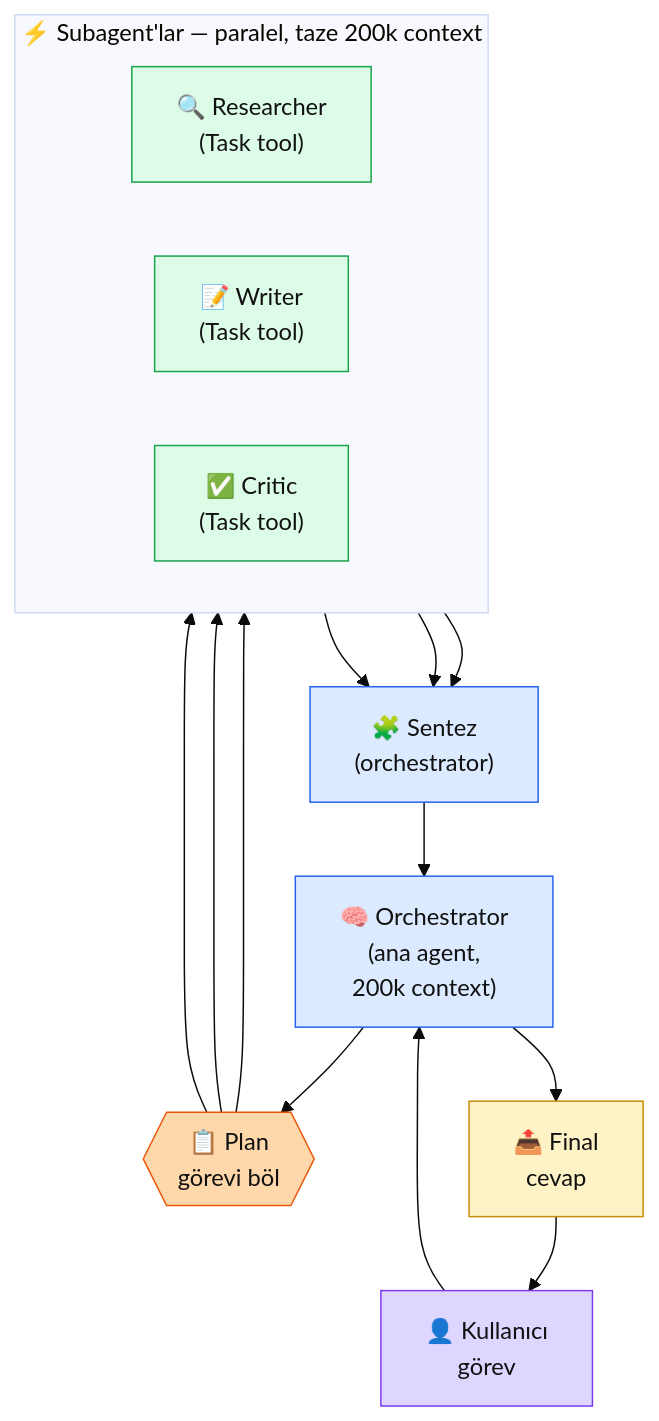
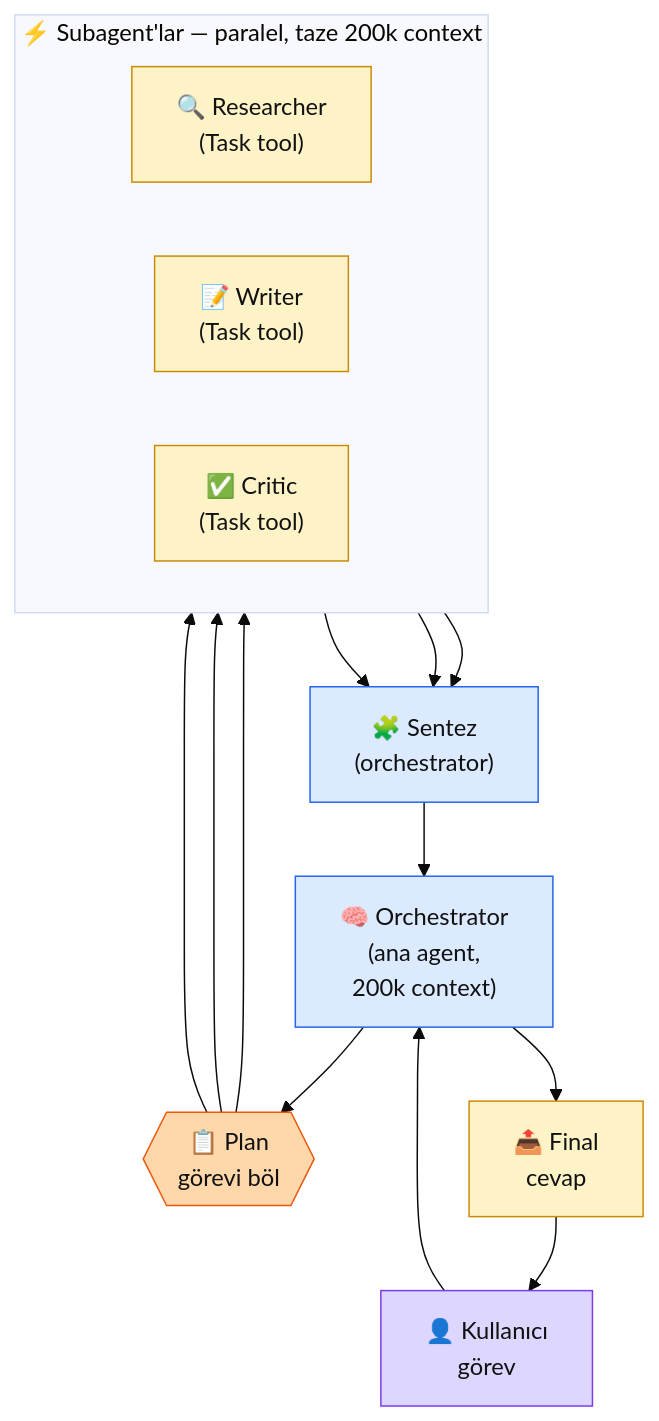
The first of 2 diagrams in docs/bolum-6/05-multi-agent.md (KemalG-u/muhendisal-platform), drawn with Mermaid (base theme) before and after one commit. The commit also changed other lines of this file and 20 other files, not shown here.

````diff
--- a/docs/bolum-6/05-multi-agent.md
+++ b/docs/bolum-6/05-multi-agent.md
@@ -38,39 +39,39 @@
 ```mermaid
 flowchart TB
   U["👤 Kullanıcı\ngörev"]
   ORCH["🧠 Orchestrator\n(ana agent,\n200k context)"]
   PLAN{{"📋 Plan\ngörevi böl"}}
 
   subgraph workers["⚡ Subagent'lar — paralel, taze 200k context"]
     direction LR
     S1["🔍 Researcher\n(Task tool)"]
     S2["📝 Writer\n(Task tool)"]
     S3["✅ Critic\n(Task tool)"]
   end
 
   MERGE["🧩 Sentez\n(orchestrator)"]
   OUT["📤 Final\ncevap"]
 
   U --> ORCH
   ORCH --> PLAN
   PLAN --> S1
   PLAN --> S2
   PLAN --> S3
   S1 --> MERGE
   S2 --> MERGE
   S3 --> MERGE
   MERGE --> ORCH
   ORCH --> OUT
   OUT --> U
 
   classDef user fill:#ddd6fe,stroke:#7c3aed,color:#111
   classDef orch fill:#dbeafe,stroke:#2563eb,color:#111
   classDef plan fill:#fed7aa,stroke:#ea580c,color:#111
-  classDef sub fill:#dcfce7,stroke:#16a34a,color:#111
+  classDef sub fill:#fef3c7,stroke:#ca8a04,color:#111
   classDef out fill:#fef3c7,stroke:#ca8a04,color:#111
   class U user
   class ORCH,MERGE orch
   class PLAN plan
   class S1,S2,S3 sub
   class OUT out
 ```
````
